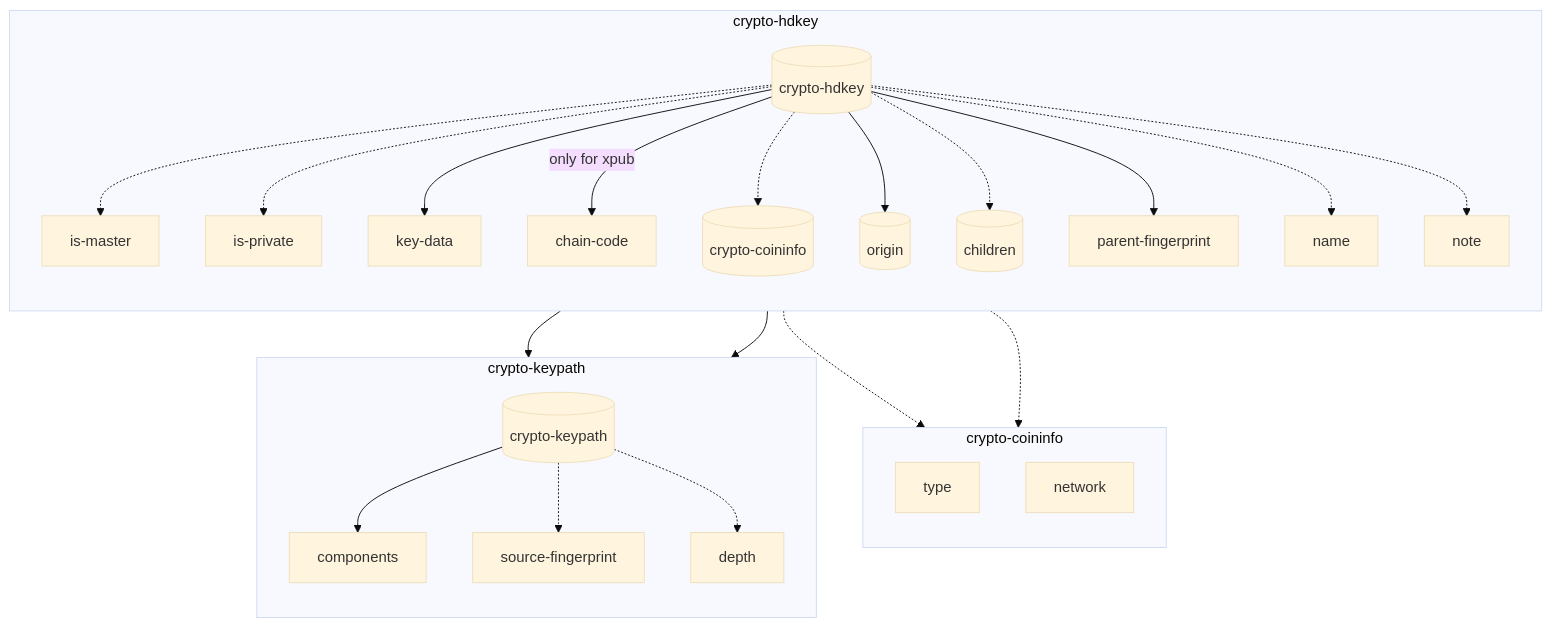
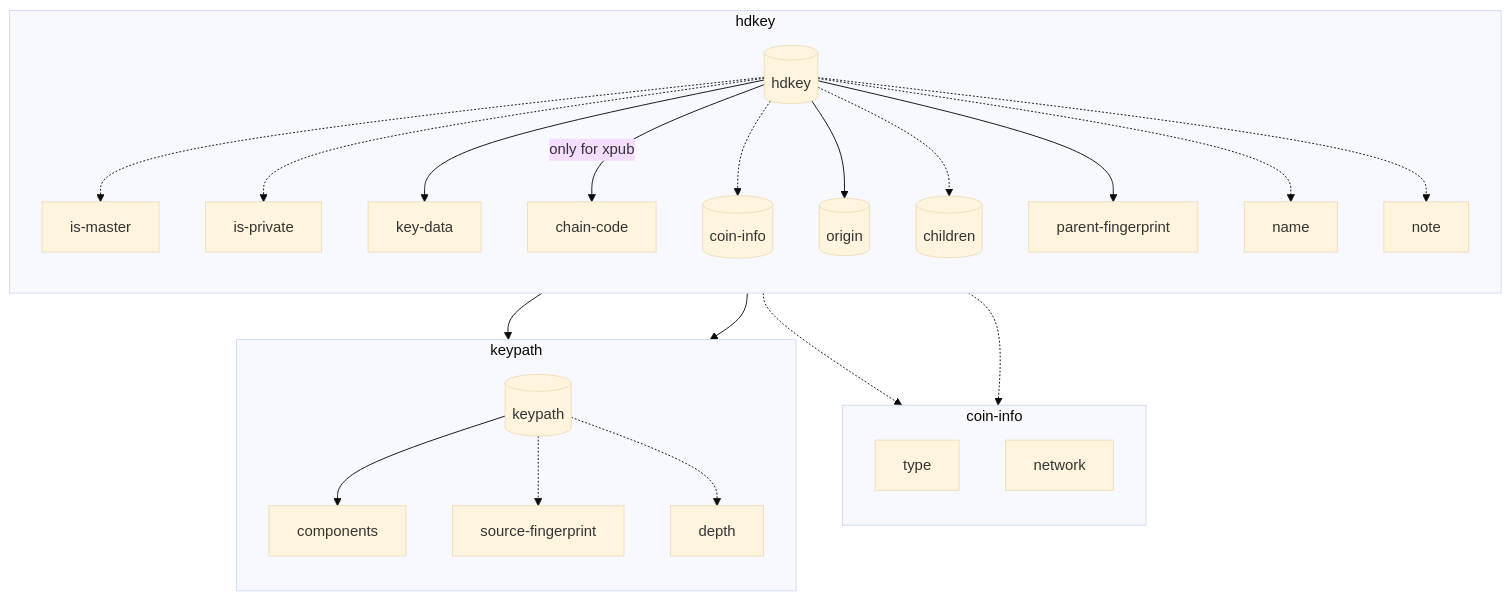
Before and after one commit to ngraveio/Research: the second of 4 diagrams in papers/nbcr-2023-002-multi-layer-sync.md, drawn with Mermaid (base theme). The commit also changed other lines of this file, not shown here.

````diff
--- a/papers/nbcr-2023-002-multi-layer-sync.md
+++ b/papers/nbcr-2023-002-multi-layer-sync.md
@@ -136,34 +141,34 @@
 ```mermaid
 flowchart TB  
-	%% crypto-hdkey breakdown
-	subgraph crypto-hdkey
+	%% hdkey breakdown
+	subgraph hdkey
     direction TB
-	HD[(crypto-hdkey)] -.-> is-master
+	HD[(hdkey)] -.-> is-master
 	HD -.-> is-private
     HD --> key-data
     HD --> |only for xpub| chain-code
-    HD -.-> Info[(crypto-coininfo)]
+    HD -.-> Info[(coin-info)]
     HD --> origin[(origin)]
     HD -.-> children[(children)]
     HD --> parent-fingerprint
     HD -.-> name
     HD -.-> note
 	end
 
-    %% crypto-coininfo breakdown
-    subgraph crypto-coininfo
+    %% coin-info breakdown
+    subgraph coin-info
     direction TB
 	Info -.-> type
     Info -.-> network
 	end
 
-    %% crypto-keypath breakdown
-    children --> Keypath[(crypto-keypath)]
-    origin --> Keypath[(crypto-keypath)]
-    subgraph crypto-keypath
+    %% keypath breakdown
+    children --> Keypath[(keypath)]
+    origin --> Keypath[(keypath)]
+    subgraph keypath
     direction TB
 	Keypath --> components
     Keypath -.-> source-fingerprint
     Keypath -.-> depth
 	end
 ```
````
